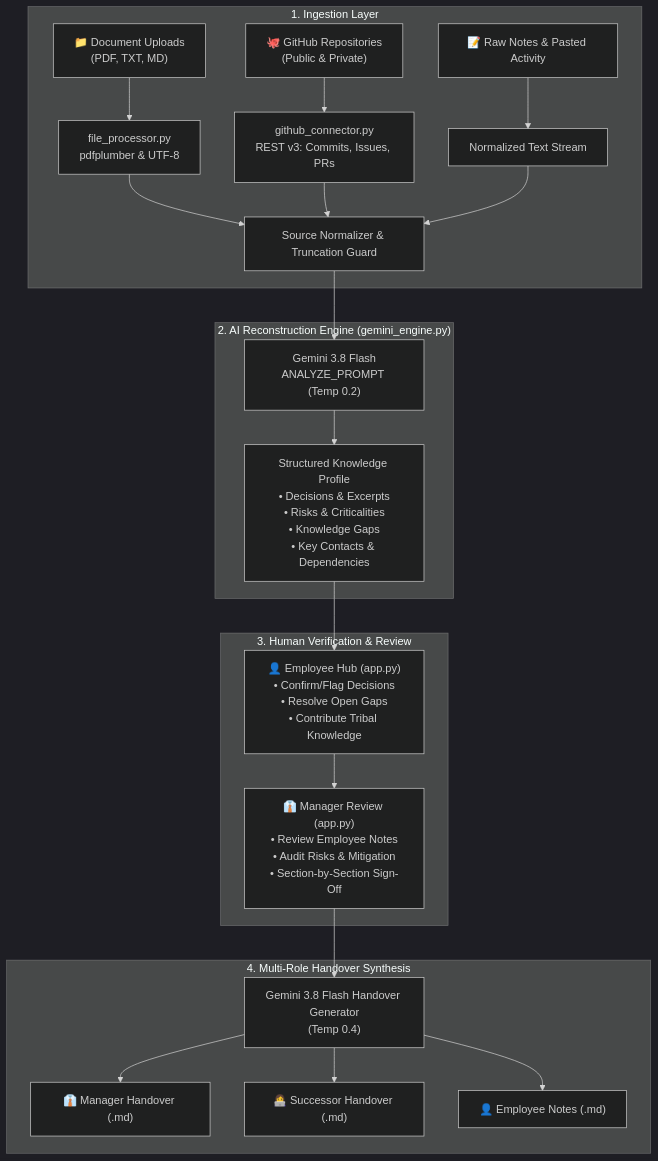
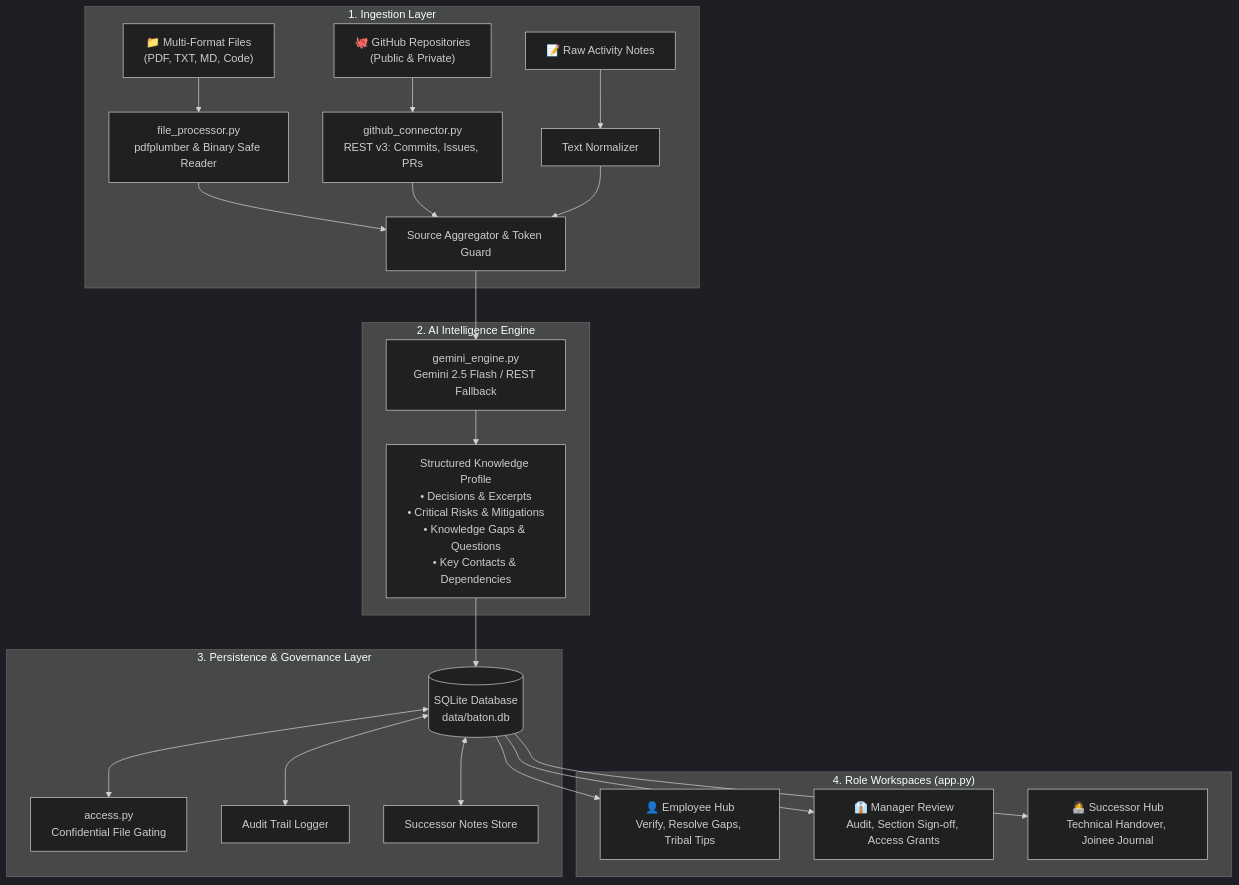
One commit to vpawar2210/KnowledgeBridge-Baton changed the second of 2 diagrams in KnowledgeBridge/report.md. Above: the diagram before and after it, drawn with Mermaid (dark theme). The commit also changed other lines of this file and 23 other files, not shown here.

````diff
--- a/KnowledgeBridge/report.md
+++ b/KnowledgeBridge/report.md
@@ -133,28 +158,27 @@
 ```mermaid
 flowchart TD
-    subgraph Ingestion["1. Ingestion Layer"]
-        F1["📁 Document Uploads<br>(PDF, TXT, MD)"] --> FP["file_processor.py<br>pdfplumber & UTF-8"]
-        G1["🐙 GitHub Repositories<br>(Public & Private)"] --> GH["github_connector.py<br>REST v3: Commits, Issues, PRs"]
-        T1["📝 Raw Notes & Pasted Activity"] --> TX["Normalized Text Stream"]
-        FP --> AGG["Source Normalizer & Truncation Guard"]
-        GH --> AGG
-        TX --> AGG
+    subgraph Layer1["1. Ingestion Layer"]
+        F["📁 Multi-Format Files<br>(PDF, TXT, MD, Code)"] --> FP["file_processor.py<br>pdfplumber & Binary Safe Reader"]
+        G["🐙 GitHub Repositories<br>(Public & Private)"] --> GH["github_connector.py<br>REST v3: Commits, Issues, PRs"]
+        T["📝 Raw Activity Notes"] --> TX["Text Normalizer"]
+        FP & GH & TX --> NORM["Source Aggregator & Token Guard"]
     end
 
-    subgraph Intelligence["2. AI Reconstruction Engine (gemini_engine.py)"]
-        AGG --> LLM1["Gemini 3.8 Flash<br>ANALYZE_PROMPT (Temp 0.2)"]
-        LLM1 --> JSON["Structured Knowledge Profile<br>• Decisions & Excerpts<br>• Risks & Criticalities<br>• Knowledge Gaps<br>• Key Contacts & Dependencies"]
+    subgraph Layer2["2. AI Intelligence Engine"]
+        NORM --> GEMINI["gemini_engine.py<br>Gemini 2.5 Flash / REST Fallback"]
+        GEMINI --> PROFILE["Structured Knowledge Profile<br>• Decisions & Excerpts<br>• Critical Risks & Mitigations<br>• Knowledge Gaps & Questions<br>• Key Contacts & Dependencies"]
     end
 
-    subgraph HumanInTheLoop["3. Human Verification & Review"]
-        JSON --> EMP["👤 Employee Hub (app.py)<br>• Confirm/Flag Decisions<br>• Resolve Open Gaps<br>• Contribute Tribal Knowledge"]
-        EMP --> MGR["👔 Manager Review (app.py)<br>• Review Employee Notes<br>• Audit Risks & Mitigation<br>• Section-by-Section Sign-Off"]
+    subgraph Layer3["3. Persistence & Governance Layer"]
+        PROFILE --> DB[("SQLite Database<br>data/baton.db")]
+        DB <--> ACCESS["access.py<br>Confidential File Gating"]
+        DB <--> AUDIT["Audit Trail Logger"]
+        DB <--> NOTES["Successor Notes Store"]
     end
 
-    subgraph Generation["4. Multi-Role Handover Synthesis"]
-        MGR --> LLM2["Gemini 3.8 Flash Handover Generator<br>(Temp 0.4)"]
-        LLM2 --> DOC1["👔 Manager Handover (.md)"]
-        LLM2 --> DOC2["👩‍💻 Successor Handover (.md)"]
-        LLM2 --> DOC3["👤 Employee Notes (.md)"]
+    subgraph Layer4["4. Role Workspaces (app.py)"]
+        DB --> W1["👤 Employee Hub<br>Verify, Resolve Gaps, Tribal Tips"]
+        DB --> W2["👔 Manager Review<br>Audit, Section Sign-off, Access Grants"]
+        DB --> W3["👩‍💻 Successor Hub<br>Technical Handover, Joinee Journal"]
     end
 ```
````
